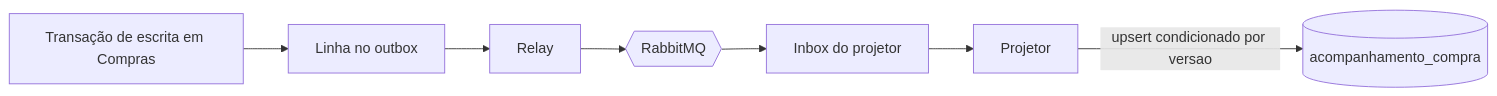
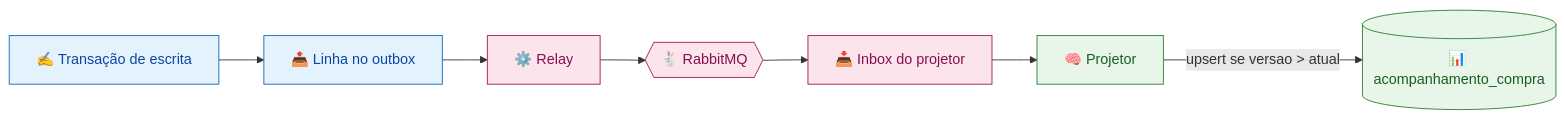
One commit to camidebem/CampoConecta changed the second of 3 diagrams in docs/parte2/03-cqrs.md. Above: the diagram before and after it, drawn with Mermaid. The commit also changed other lines of this file, not shown here.

````diff
--- a/docs/parte2/03-cqrs.md
+++ b/docs/parte2/03-cqrs.md
@@ -59,9 +78,16 @@
 ```mermaid
 flowchart LR
-    W["Transação de escrita em Compras"] --> O["Linha no outbox"]
-    O --> R["Relay"]
-    R --> Q{{"RabbitMQ"}}
-    Q --> I["Inbox do projetor"]
-    I --> P["Projetor"]
-    P -->|"upsert condicionado por versao"| RM[("acompanhamento_compra")]
+    W["✍️ Transação de escrita"] --> O["📤 Linha no outbox"]
+    O --> R["⚙️ Relay"]
+    R --> Q{{"🐇 RabbitMQ"}}
+    Q --> I["📥 Inbox do projetor"]
+    I --> P["🧠 Projetor"]
+    P -->|"upsert se versao > atual"| RM[("📊 acompanhamento_compra")]
+
+    classDef escrita fill:#e3f2fd,stroke:#1565c0,color:#0d47a1
+    classDef infra fill:#fce4ec,stroke:#ad1457,color:#880e4f
+    classDef leitura fill:#e8f5e9,stroke:#2e7d32,color:#1b5e20
+    class W,O escrita
+    class R,Q,I infra
+    class P,RM leitura
 ```
````
